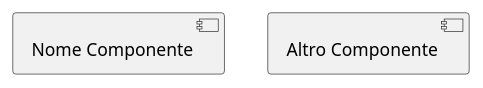
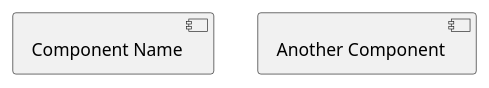
One commit to Seniorsimo/sas-template changed the first of 27 diagrams in 04-structural-diagrams/component-diagrams/README.md. Above: the diagram before and after it, drawn with PlantUML. The commit also changed other lines of this file and 49 other files, not shown here.

````diff
--- a/04-structural-diagrams/component-diagrams/README.md
+++ b/04-structural-diagrams/component-diagrams/README.md
@@ -18,4 +18,4 @@
 ```plantuml
-component "Nome Componente" as ComponentAlias
-[Altro Componente]
+component "Component Name" as ComponentAlias
+[Another Component]
 ```
````
